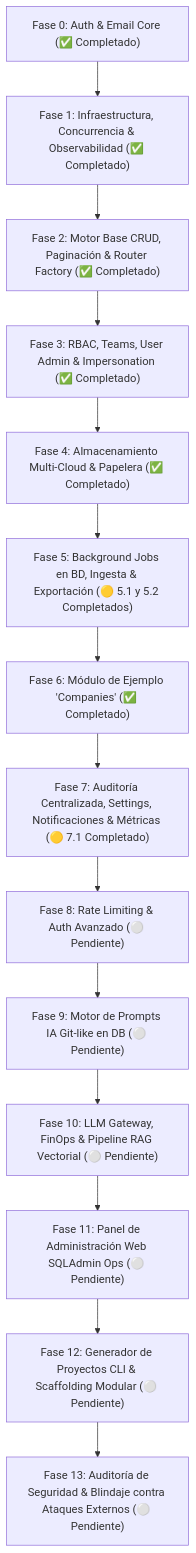
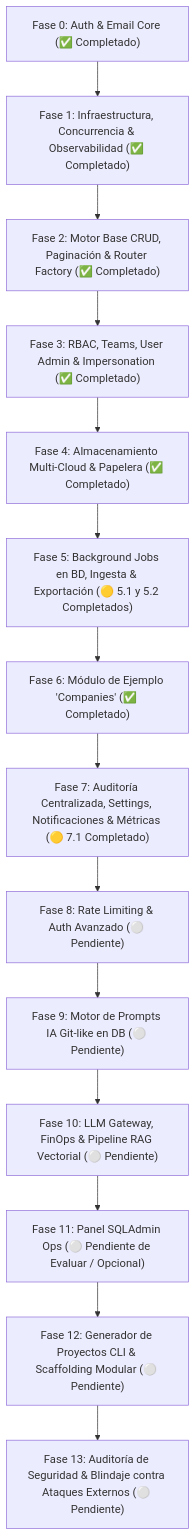
The diagram in ROADMAP.md (javireyramirez/fastapi_plantilla), drawn with Mermaid before and after one commit. The commit also changed other lines of this file and 11 other files, not shown here.

````diff
--- a/ROADMAP.md
+++ b/ROADMAP.md
@@ -30,16 +30,16 @@
 ```mermaid
 flowchart TD
     F0["Fase 0: Auth & Email Core (✅ Completado)"] --> F1["Fase 1: Infraestructura, Concurrencia & Observabilidad (✅ Completado)"]
     F1 --> F2["Fase 2: Motor Base CRUD, Paginación & Router Factory (✅ Completado)"]
     F2 --> F3["Fase 3: RBAC, Teams, User Admin & Impersonation (✅ Completado)"]
     F3 --> F4["Fase 4: Almacenamiento Multi-Cloud & Papelera (✅ Completado)"]
     F4 --> F5["Fase 5: Background Jobs en BD, Ingesta & Exportación (🟡 5.1 y 5.2 Completados)"]
     F5 --> F6["Fase 6: Módulo de Ejemplo 'Companies' (✅ Completado)"]
     F6 --> F7["Fase 7: Auditoría Centralizada, Settings, Notificaciones & Métricas (🟡 7.1 Completado)"]
     F7 --> F8["Fase 8: Rate Limiting & Auth Avanzado (⚪ Pendiente)"]
     F8 --> F9["Fase 9: Motor de Prompts IA Git-like en DB (⚪ Pendiente)"]
     F9 --> F10["Fase 10: LLM Gateway, FinOps & Pipeline RAG Vectorial (⚪ Pendiente)"]
-    F10 --> F11["Fase 11: Panel de Administración Web SQLAdmin Ops (⚪ Pendiente)"]
+    F10 --> F11["Fase 11: Panel SQLAdmin Ops (⚪ Pendiente de Evaluar / Opcional)"]
     F11 --> F12["Fase 12: Generador de Proyectos CLI & Scaffolding Modular (⚪ Pendiente)"]
     F12 --> F13["Fase 13: Auditoría de Seguridad & Blindaje contra Ataques Externos (⚪ Pendiente)"]
 ```
````
